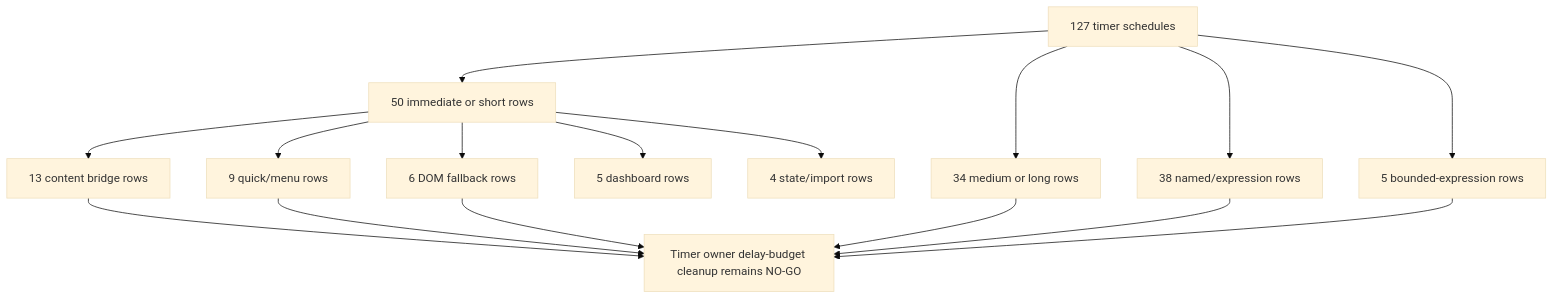
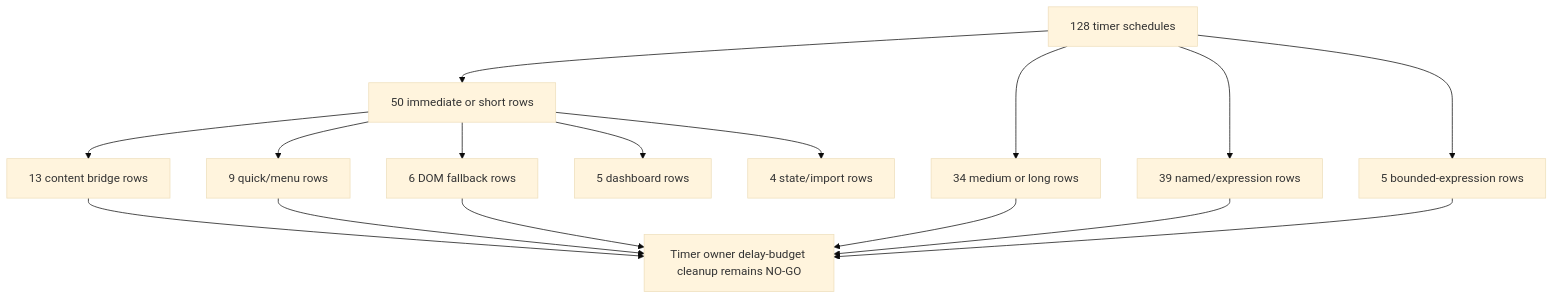
One commit to varshneydevansh/FilterTube changed diagram 21 of 47 in docs/audit/FILTERTUBE_LIFECYCLE_INSTANCE_REGISTER_2026-05-18.md. Above: the diagram before and after it, drawn with Mermaid (base theme). The commit also changed other lines of this file and 711 other files, not shown here.

````diff
--- a/docs/audit/FILTERTUBE_LIFECYCLE_INSTANCE_REGISTER_2026-05-18.md
+++ b/docs/audit/FILTERTUBE_LIFECYCLE_INSTANCE_REGISTER_2026-05-18.md
@@ -1966,18 +1966,18 @@
 ```mermaid
 flowchart TD
-  A["127 timer schedules"] --> B["50 immediate or short rows"]
+  A["128 timer schedules"] --> B["50 immediate or short rows"]
   B --> C["13 content bridge rows"]
   B --> D["9 quick/menu rows"]
   B --> E["6 DOM fallback rows"]
   B --> F["5 dashboard rows"]
   B --> G["4 state/import rows"]
   A --> H["34 medium or long rows"]
-  A --> I["38 named/expression rows"]
+  A --> I["39 named/expression rows"]
   A --> J["5 bounded-expression rows"]
   C --> K["Timer owner delay-budget cleanup remains NO-GO"]
   D --> K
   E --> K
   H --> K
   I --> K
   J --> K
 ```
````
